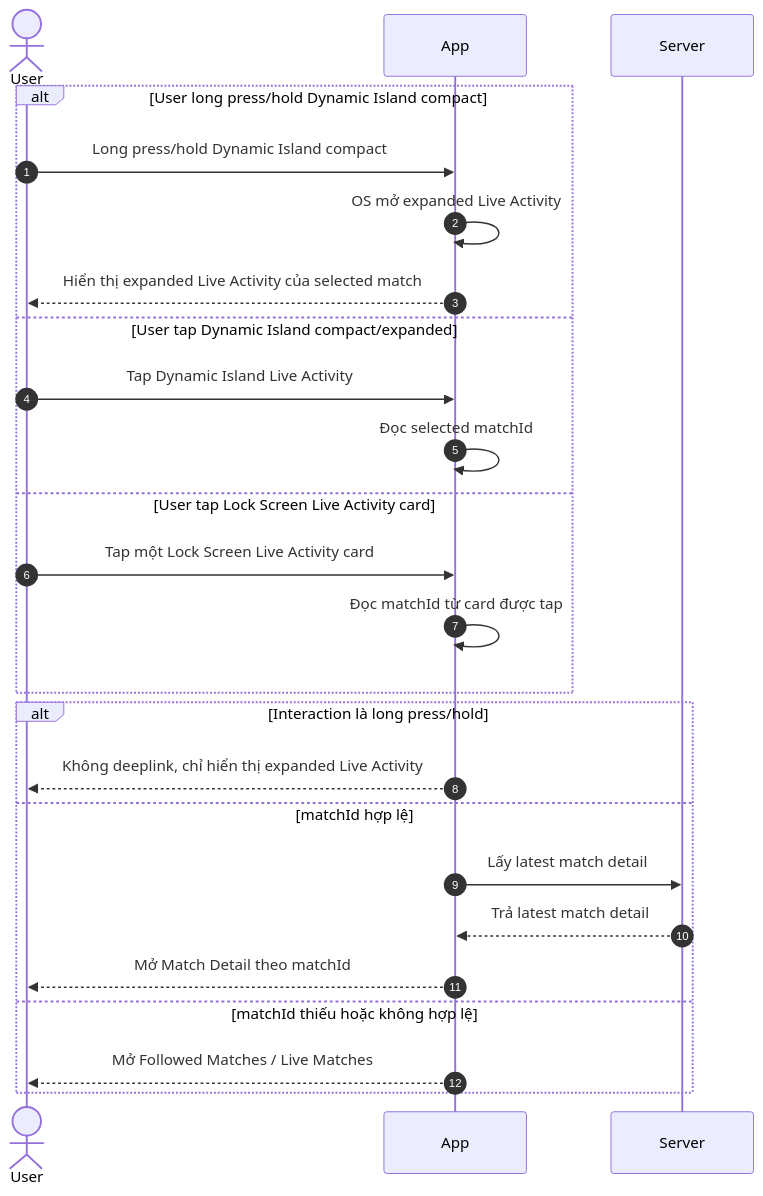
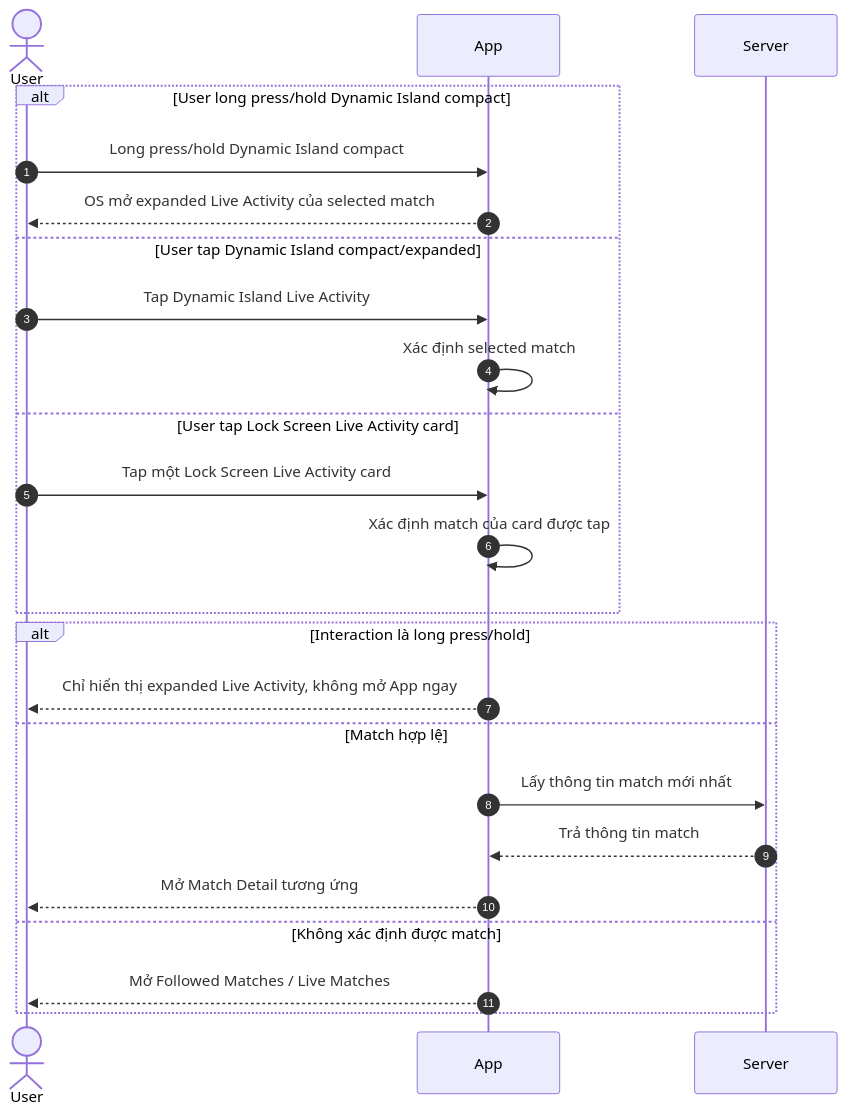
Before and after one commit to duongdang1136/FPTPLay: the fourth of 4 diagrams in features/final-docs/Sport-Zone/Live-Activity/product/live-activity-user-flows-functional-requirements.md, drawn with Mermaid. The commit also changed other lines of this file, not shown here.

Commit message:
docs: simplify live activity functional flows

````diff
--- a/features/final-docs/Sport-Zone/Live-Activity/product/live-activity-user-flows-functional-requirements.md
+++ b/features/final-docs/Sport-Zone/Live-Activity/product/live-activity-user-flows-functional-requirements.md
@@ -201,30 +186,29 @@
 ```mermaid
 sequenceDiagram
     autonumber
 
     actor User
     participant App
     participant Server
 
     alt User long press/hold Dynamic Island compact
         User->>App: Long press/hold Dynamic Island compact
-        App->>App: OS mở expanded Live Activity
-        App-->>User: Hiển thị expanded Live Activity của selected match
+        App-->>User: OS mở expanded Live Activity của selected match
     else User tap Dynamic Island compact/expanded
         User->>App: Tap Dynamic Island Live Activity
-        App->>App: Đọc selected matchId
+        App->>App: Xác định selected match
     else User tap Lock Screen Live Activity card
         User->>App: Tap một Lock Screen Live Activity card
-        App->>App: Đọc matchId từ card được tap
+        App->>App: Xác định match của card được tap
     end
 
     alt Interaction là long press/hold
-        App-->>User: Không deeplink, chỉ hiển thị expanded Live Activity
-    else matchId hợp lệ
-        App->>Server: Lấy latest match detail
-        Server-->>App: Trả latest match detail
-        App-->>User: Mở Match Detail theo matchId
-    else matchId thiếu hoặc không hợp lệ
+        App-->>User: Chỉ hiển thị expanded Live Activity, không mở App ngay
+    else Match hợp lệ
+        App->>Server: Lấy thông tin match mới nhất
+        Server-->>App: Trả thông tin match
+        App-->>User: Mở Match Detail tương ứng
+    else Không xác định được match
         App-->>User: Mở Followed Matches / Live Matches
     end
 ```
````
